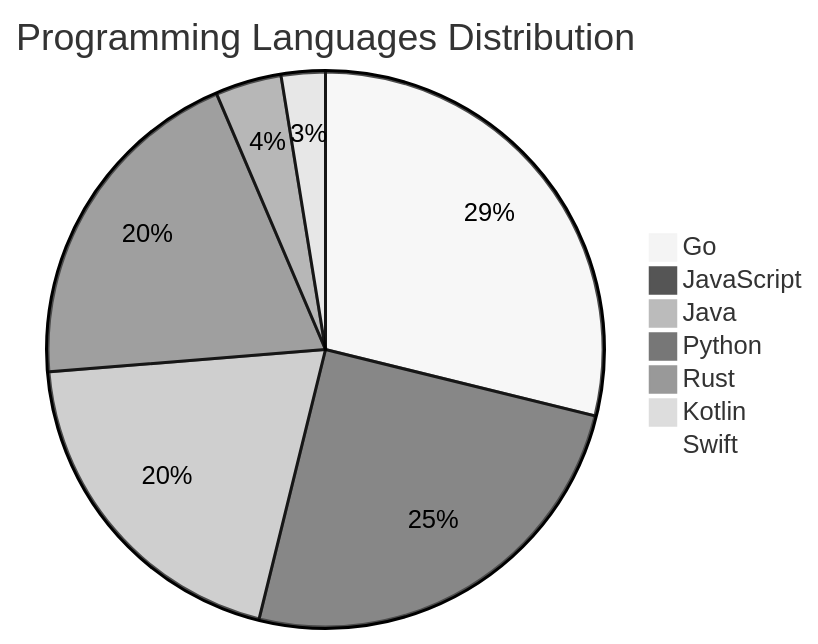
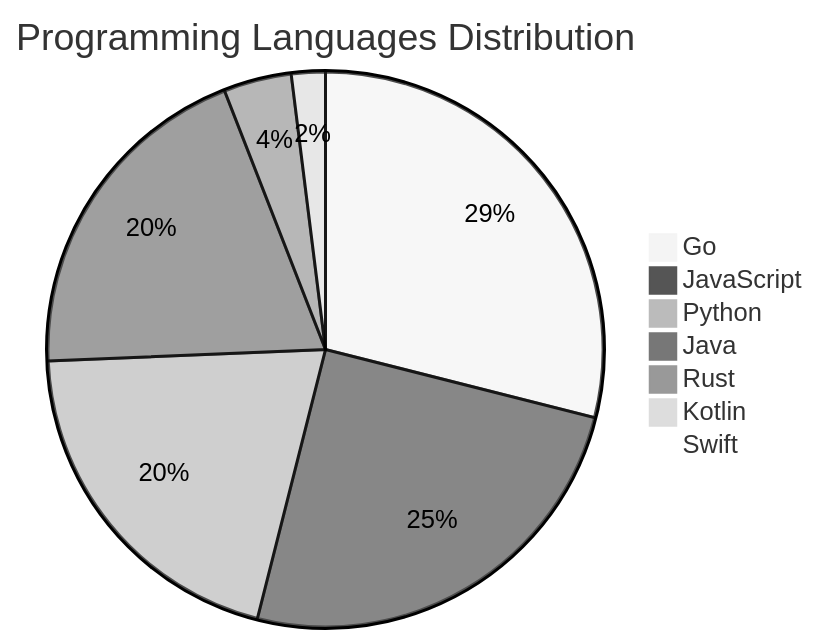
The diagram in README.md (Derrick-MUGISHA/github-activity-bot), drawn with Mermaid (neutral theme) before and after one commit. The commit also changed other lines of this file and 4 other files, not shown here.

````diff
--- a/README.md
+++ b/README.md
@@ -207,10 +207,10 @@
 ```mermaid
 pie title Programming Languages Distribution
-    "Go" : 45
-    "JavaScript" : 39
-    "Java" : 31
+    "Go" : 44
+    "JavaScript" : 38
     "Python" : 31
+    "Java" : 30
     "Rust" : 6
-    "Kotlin" : 4
+    "Kotlin" : 3
     "Swift" : 1
 ```
````
